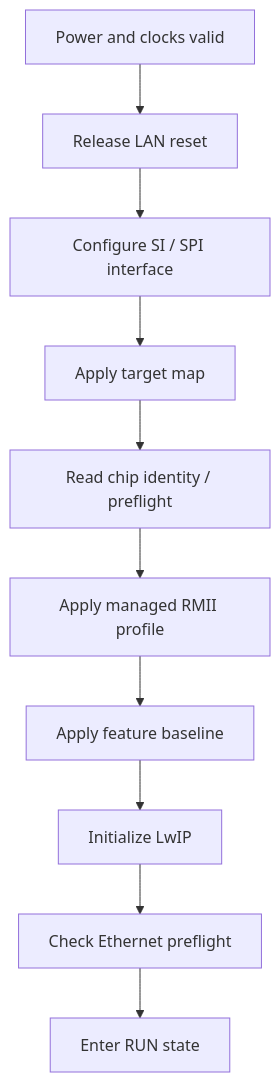
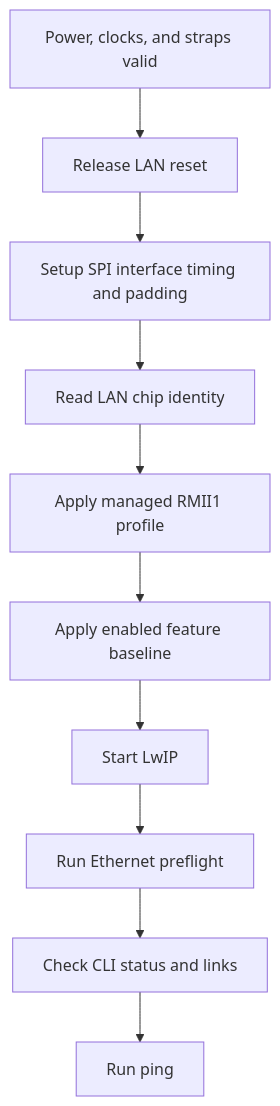
The ninth of 9 diagrams in README.md (SamuelCicuitStudio/LAN9645-STM32-Managed-Ethernet-Switch), drawn with Mermaid before and after one commit. The commit also changed other lines of this file, not shown here.

Commit message:
Expand root handbook with detailed LAN9645 and CLI docs

````diff
--- a/README.md
+++ b/README.md
@@ -743,12 +1594,12 @@
 ```mermaid
 flowchart TD
-    A[Power and clocks valid] --> B[Release LAN reset]
-    B --> C[Configure SI / SPI interface]
-    C --> D[Apply target map]
-    D --> E[Read chip identity / preflight]
-    E --> F[Apply managed RMII profile]
-    F --> G[Apply feature baseline]
-    G --> H[Initialize LwIP]
-    H --> I[Check Ethernet preflight]
-    I --> J[Enter RUN state]
+    A[Power, clocks, and straps valid] --> B[Release LAN reset]
+    B --> C[Setup SPI interface timing and padding]
+    C --> D[Read LAN chip identity]
+    D --> E[Apply managed RMII1 profile]
+    E --> F[Apply enabled feature baseline]
+    F --> G[Start LwIP]
+    G --> H[Run Ethernet preflight]
+    H --> I[Check CLI status and links]
+    I --> J[Run ping]
 ```
````
